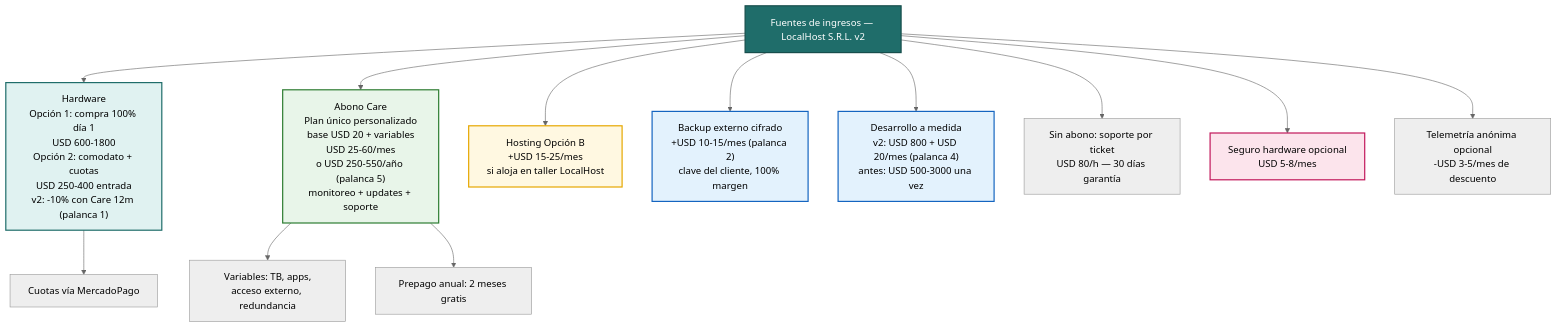
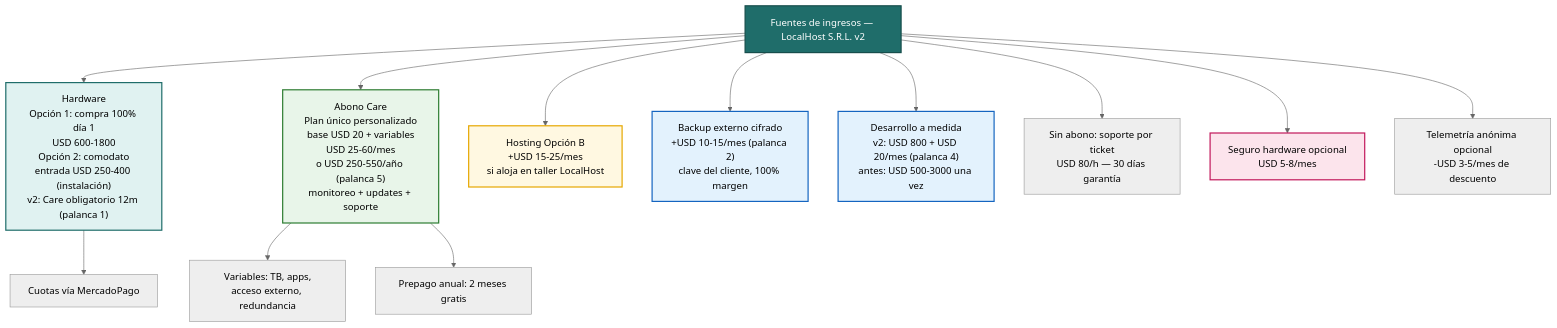
The third of 3 diagrams in ingenieria-de-software/localhost/v2/localhost-documento-y-canvas-v2.md (nachosag/obsidian-notes), drawn with Mermaid (neutral theme) before and after one commit. The commit also changed other lines of this file and 2 other files, not shown here.

First line of the commit message:
feat(localhost): comodato puro con Care obligatorio y dos puertas

````diff
--- a/ingenieria-de-software/localhost/v2/localhost-documento-y-canvas-v2.md
+++ b/ingenieria-de-software/localhost/v2/localhost-documento-y-canvas-v2.md
@@ -508,25 +563,25 @@
 ```mermaid
 flowchart TD
     Ingresos["Fuentes de ingresos — LocalHost S.R.L. v2"]
 
-    Ingresos --> HW["Hardware<br/>Opción 1: compra 100% día 1<br/>USD 600-1800<br/>Opción 2: comodato + cuotas<br/>USD 250-400 entrada<br/>v2: -10% con Care 12m (palanca 1)"]
+    Ingresos --> HW["Hardware<br/>Opción 1: compra 100% día 1<br/>USD 600-1800<br/>Opción 2: comodato<br/>entrada USD 250-400 (instalación)<br/>v2: Care obligatorio 12m (palanca 1)"]
     Ingresos --> Abono["Abono Care<br/>Plan único personalizado<br/>base USD 20 + variables<br/>USD 25-60/mes<br/>o USD 250-550/año (palanca 5)<br/>monitoreo + updates + soporte"]
     Ingresos --> Hosting["Hosting Opción B<br/>+USD 15-25/mes<br/>si aloja en taller LocalHost"]
     Ingresos --> Backup["Backup externo cifrado<br/>+USD 10-15/mes (palanca 2)<br/>clave del cliente, 100% margen"]
     Ingresos --> Dev["Desarrollo a medida<br/>v2: USD 800 + USD 20/mes (palanca 4)<br/>antes: USD 500-3000 una vez"]
     Ingresos --> Ticket["Sin abono: soporte por ticket<br/>USD 80/h — 30 días garantía"]
     Ingresos --> Seguro["Seguro hardware opcional<br/>USD 5-8/mes"]
     Ingresos --> TeleDesc["Telemetría anónima opcional<br/>-USD 3-5/mes de descuento"]
 
     HW --> Cuotas["Cuotas vía MercadoPago"]
     Abono --> Variables["Variables: TB, apps,<br/>acceso externo, redundancia"]
     Abono --> Prepago["Prepago anual: 2 meses gratis"]
 
     style Ingresos fill:#1f6d6a,stroke:#174e4c,color:#fff,stroke-width:2px
     style HW fill:#e0f2f1,stroke:#1f6d6a,stroke-width:2px
     style Abono fill:#e8f5e9,stroke:#2e7d32,stroke-width:2px
     style Backup fill:#e3f2fd,stroke:#1565c0,stroke-width:2px
     style Hosting fill:#fff8e1,stroke:#e6a700,stroke-width:2px
     style Dev fill:#e3f2fd,stroke:#1565c0,stroke-width:2px
     style Seguro fill:#fce4ec,stroke:#c2185b,stroke-width:2px
 ```
````
